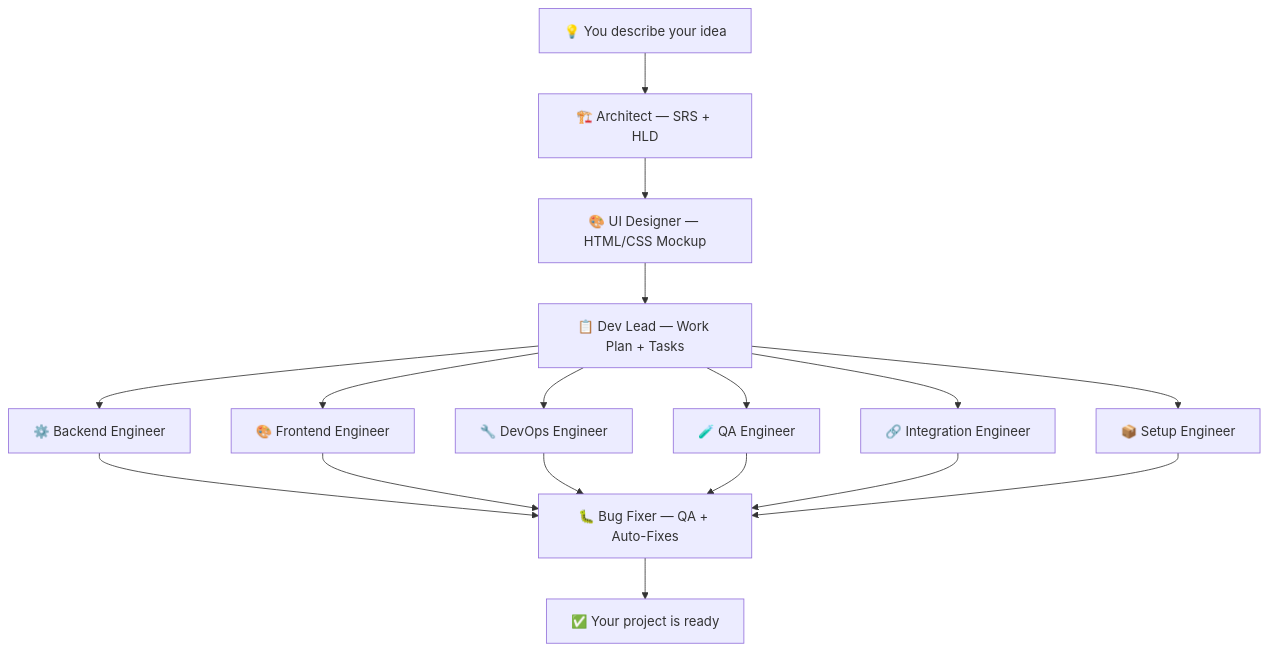
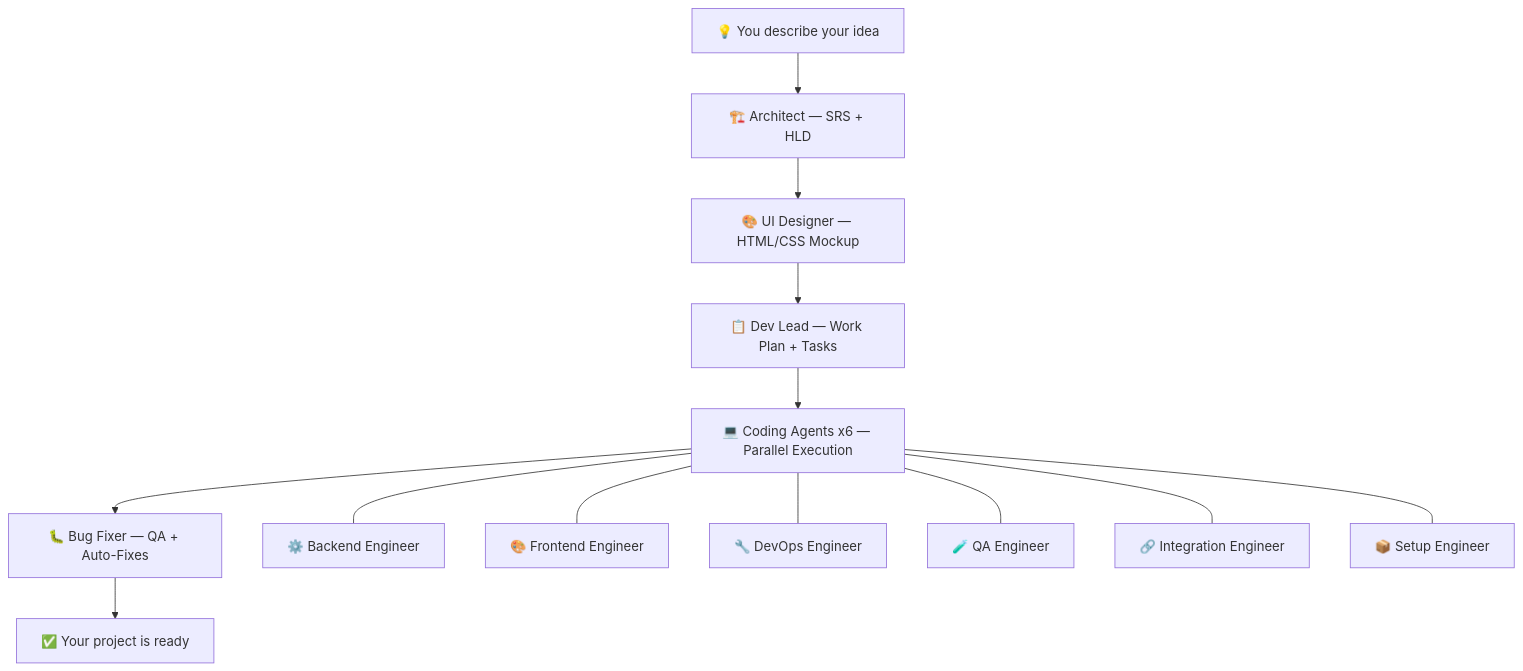
Before and after one commit to OneManCrew/OneManCrewDevAI: the diagram in README.md, drawn with Mermaid.

Commit message:
Refactor diagram: coding agents branch from side of main flow box

````diff
--- a/README.md
+++ b/README.md
@@ -40,19 +40,15 @@
 ```mermaid
 flowchart TD
     A["💡 You describe your idea"] --> B["🏗️ Architect — SRS + HLD"]
     B --> C["🎨 UI Designer — HTML/CSS Mockup"]
     C --> D["📋 Dev Lead — Work Plan + Tasks"]
-    D --> E1["⚙️ Backend Engineer"]
-    D --> E2["🎨 Frontend Engineer"]
-    D --> E3["🔧 DevOps Engineer"]
-    D --> E4["🧪 QA Engineer"]
-    D --> E5["🔗 Integration Engineer"]
-    D --> E6["📦 Setup Engineer"]
-    E1 --> F["🐛 Bug Fixer — QA + Auto-Fixes"]
-    E2 --> F
-    E3 --> F
-    E4 --> F
-    E5 --> F
-    E6 --> F
+    D --> E["💻 Coding Agents x6 — Parallel Execution"]
+    E --> F["🐛 Bug Fixer — QA + Auto-Fixes"]
     F --> G["✅ Your project is ready"]
+    E --- E1["⚙️ Backend Engineer"]
+    E --- E2["🎨 Frontend Engineer"]
+    E --- E3["🔧 DevOps Engineer"]
+    E --- E4["🧪 QA Engineer"]
+    E --- E5["🔗 Integration Engineer"]
+    E --- E6["📦 Setup Engineer"]
 ```
````
